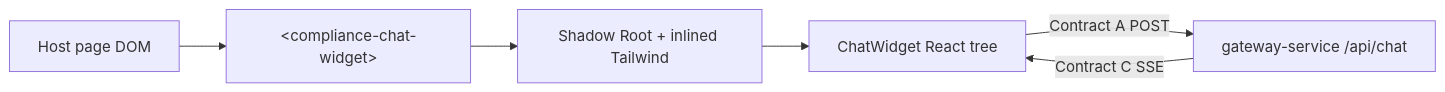
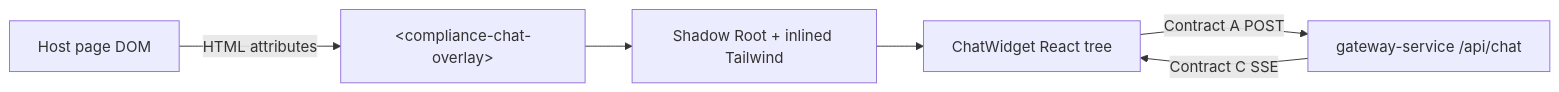
One commit to Manavagarwal2703/compliance-overlay changed the diagram in widget-client/README.md. Above: the diagram before and after it, drawn with Mermaid. The commit also changed other lines of this file and 5 other files, not shown here.

Commit message:
feat(widget): added host props injection and chat history UI

````diff
--- a/widget-client/README.md
+++ b/widget-client/README.md
@@ -7,14 +11,14 @@
 ```mermaid
 flowchart LR
   HOST["Host page DOM"]
-  CE["&lt;compliance-chat-widget&gt;"]
+  CE["&lt;compliance-chat-overlay&gt;"]
   SHADOW["Shadow Root + inlined Tailwind"]
   REACT["ChatWidget React tree"]
   GW["gateway-service /api/chat"]
 
-  HOST --> CE
+  HOST -->|"HTML attributes"| CE
   CE --> SHADOW
   SHADOW --> REACT
   REACT -->|"Contract A POST"| GW
   GW -->|"Contract C SSE"| REACT
 ```
````
